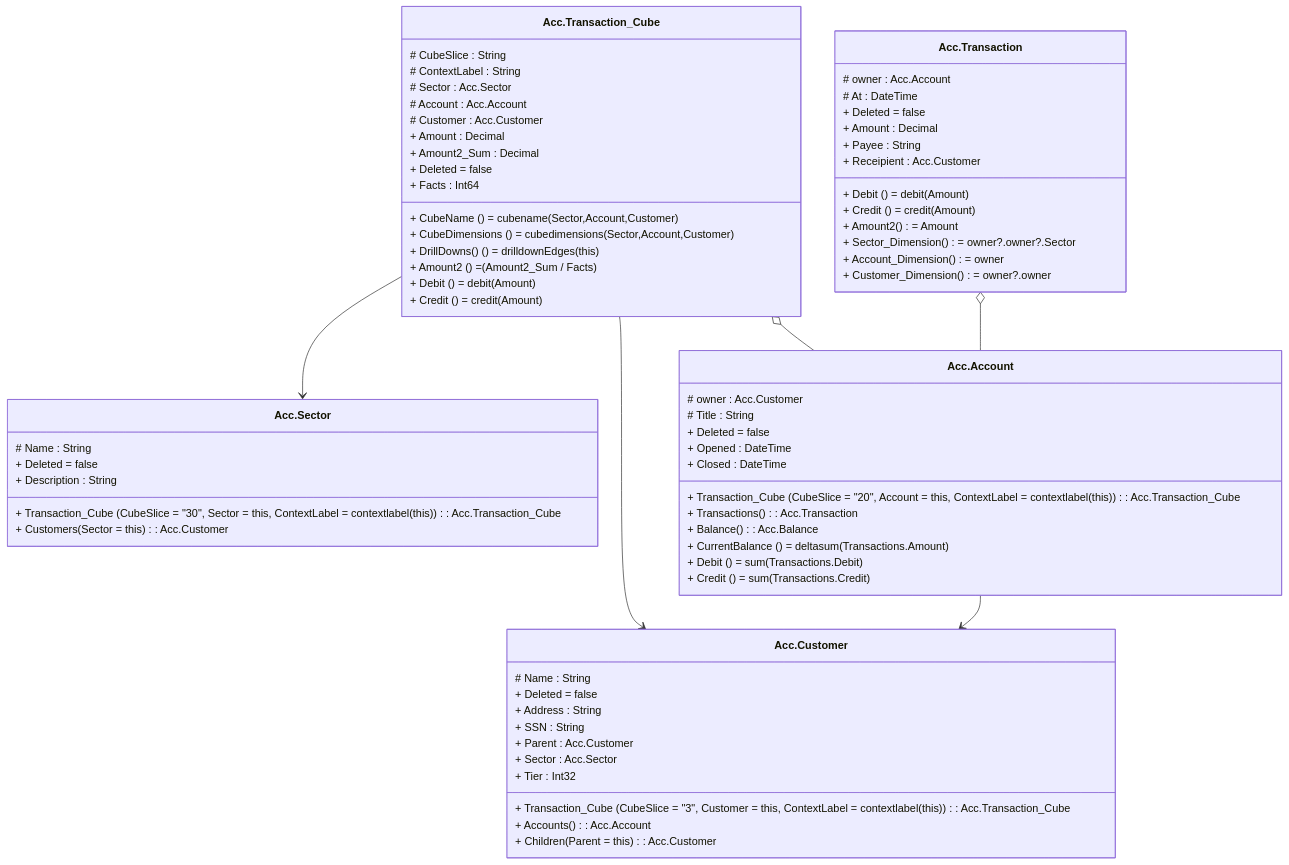
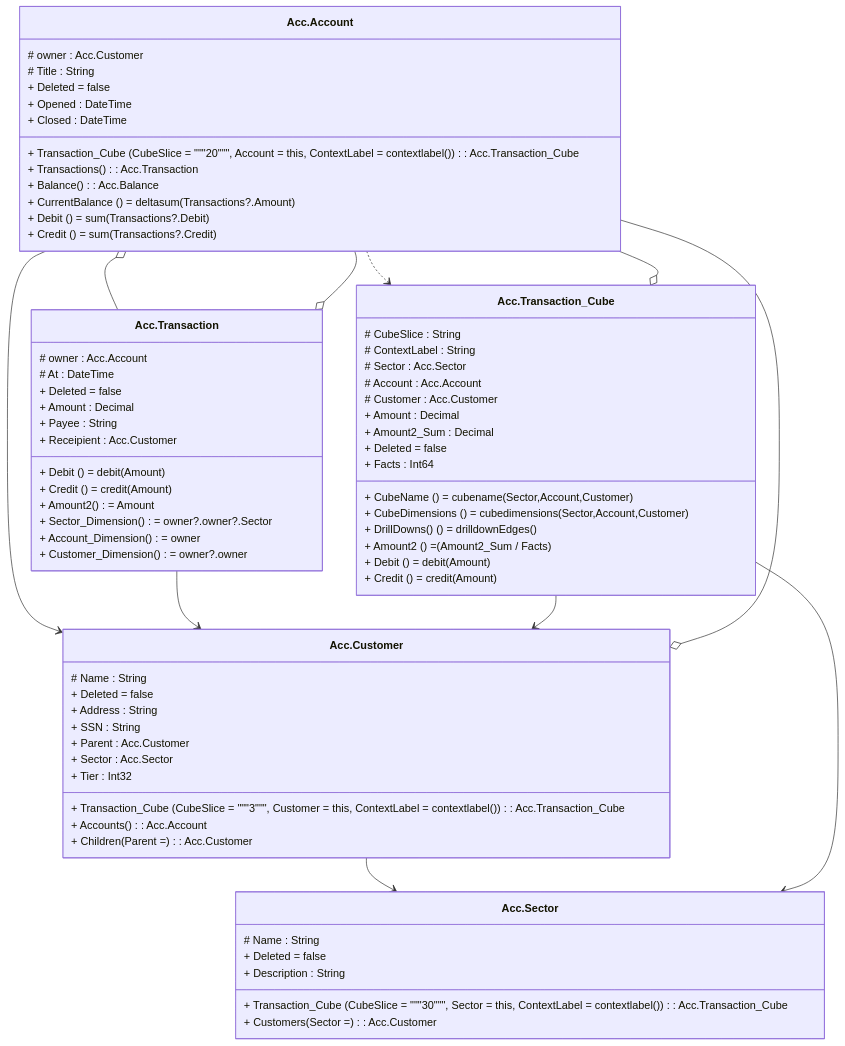
Before and after one commit to channell/Hiperspace: the diagram in examples/Account/Account-cube.md, drawn with Mermaid. The commit also changed other lines of this file and 2496 other files, not shown here.

````diff
--- a/examples/Account/Account-cube.md
+++ b/examples/Account/Account-cube.md
@@ -2,72 +2,77 @@
 ```mermaid
 classDiagram
-    class Acc.Sector {
-        # Name  : String
+    class Acc.Account {
+        # owner  : Acc.Customer
+        # Title  : String
         + Deleted  = false
-        + Description  : String
-        + Transaction_Cube (CubeSlice = "30", Sector = this, ContextLabel = contextlabel(this)) : Acc.Transaction_Cube
-        + Customers (Sector = this) : Acc.Customer
+        + Opened  : DateTime
+        + Closed  : DateTime
+        + Transaction_Cube (CubeSlice = """20""", Account = this, ContextLabel = contextlabel()) : Acc.Transaction_Cube
+        + Transactions () : Acc.Transaction
+        + Balance () : Acc.Balance
+        + CurrentBalance () = deltasum(Transactions?.Amount)
+        + Debit () = sum(Transactions?.Debit)
+        + Credit () = sum(Transactions?.Credit)
     }
+    Acc.Account --> Acc.Customer
+    Acc.Account ..> Acc.Transaction_Cube
+    Acc.Account o-- Acc.Transaction
     class Acc.Customer {
         # Name  : String
         + Deleted  = false
         + Address  : String
         + SSN  : String
         + Parent  : Acc.Customer
         + Sector  : Acc.Sector
         + Tier  : Int32
-        + Transaction_Cube (CubeSlice = "3", Customer = this, ContextLabel = contextlabel(this)) : Acc.Transaction_Cube
+        + Transaction_Cube (CubeSlice = """3""", Customer = this, ContextLabel = contextlabel()) : Acc.Transaction_Cube
         + Accounts () : Acc.Account
-        + Children (Parent = this) : Acc.Customer
+        + Children (Parent = ) : Acc.Customer
     }
-    class Acc.Account {
-        # owner  : Acc.Customer
-        # Title  : String
+    Acc.Customer --> Acc.Sector
+    Acc.Customer o-- Acc.Account
+    class Acc.Sector {
+        # Name  : String
         + Deleted  = false
-        + Opened  : DateTime
-        + Closed  : DateTime
-        + Transaction_Cube (CubeSlice = "20", Account = this, ContextLabel = contextlabel(this)) : Acc.Transaction_Cube
-        + Transactions () : Acc.Transaction
-        + Balance () : Acc.Balance
-        + CurrentBalance () = deltasum(Transactions.Amount)
-        + Debit () = sum(Transactions.Debit)
-        + Credit () = sum(Transactions.Credit)
+        + Description  : String
+        + Transaction_Cube (CubeSlice = """30""", Sector = this, ContextLabel = contextlabel()) : Acc.Transaction_Cube
+        + Customers (Sector = ) : Acc.Customer
     }
-    Acc.Account --> Acc.Customer
     class Acc.Transaction {
         # owner  : Acc.Account
         # At  : DateTime
         + Deleted  = false
         + Amount  : Decimal
         + Payee  : String
         + Receipient  : Acc.Customer
         + Debit () = debit(Amount)
         + Credit () = credit(Amount)
         + Amount2 () = Amount
         + Sector_Dimension () = owner?.owner?.Sector
         + Account_Dimension () = owner
         + Customer_Dimension () = owner?.owner
     }
     Acc.Transaction o-- Acc.Account
+    Acc.Transaction --> Acc.Customer
     class Acc.Transaction_Cube {
         # CubeSlice  : String
         # ContextLabel  : String
         # Sector  : Acc.Sector
         # Account  : Acc.Account
         # Customer  : Acc.Customer
         + Amount  : Decimal
         + Amount2_Sum  : Decimal
         + Deleted  = false
         + Facts  : Int64
         + CubeName () = cubename(Sector,Account,Customer)
         + CubeDimensions () = cubedimensions(Sector,Account,Customer)
-        + DrillDowns() () = drilldownEdges(this)
+        + DrillDowns() () = drilldownEdges()
         + Amount2 () = (Amount2_Sum / Facts)
         + Debit () = debit(Amount)
         + Credit () = credit(Amount)
     }
     Acc.Transaction_Cube --> Acc.Sector
     Acc.Transaction_Cube o-- Acc.Account
     Acc.Transaction_Cube --> Acc.Customer
 
 ```
````
